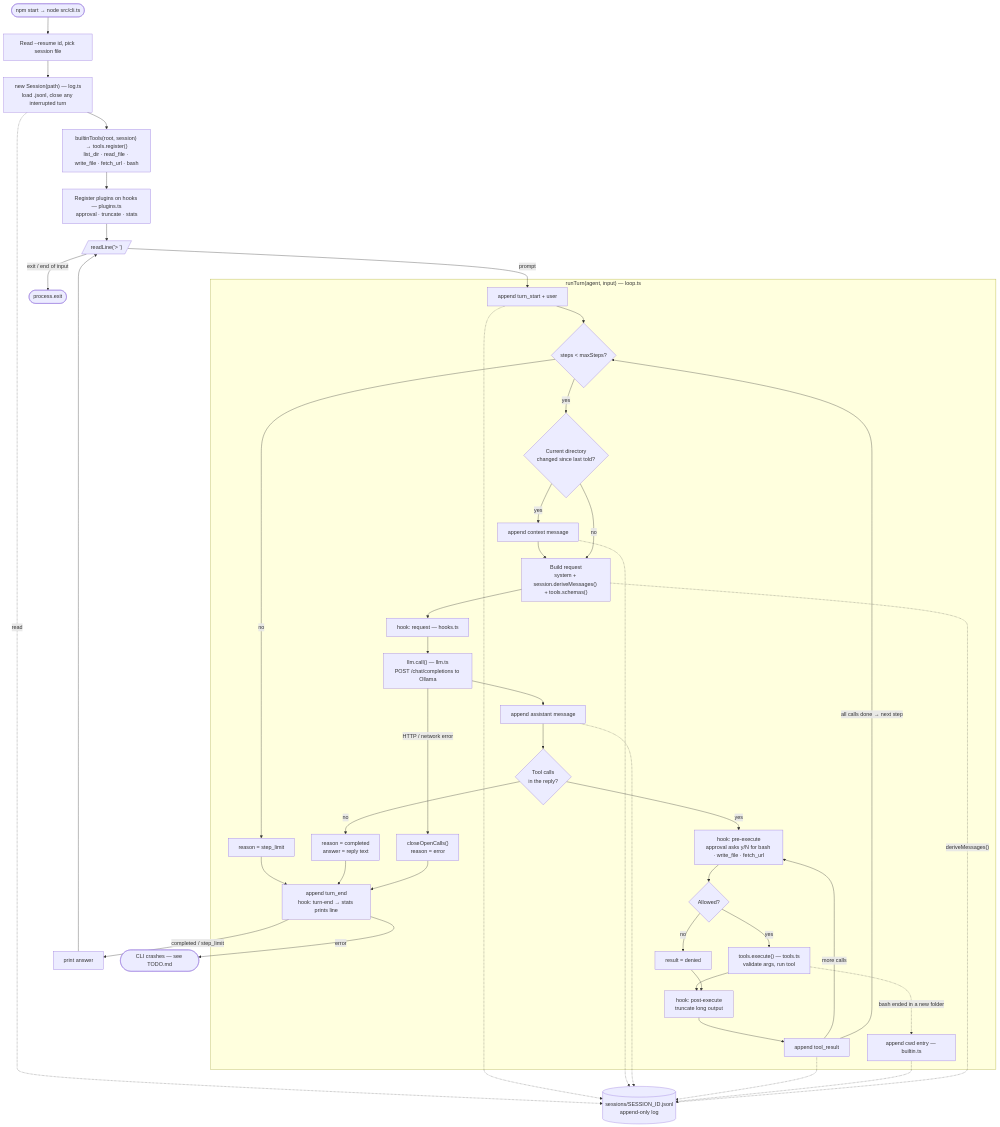
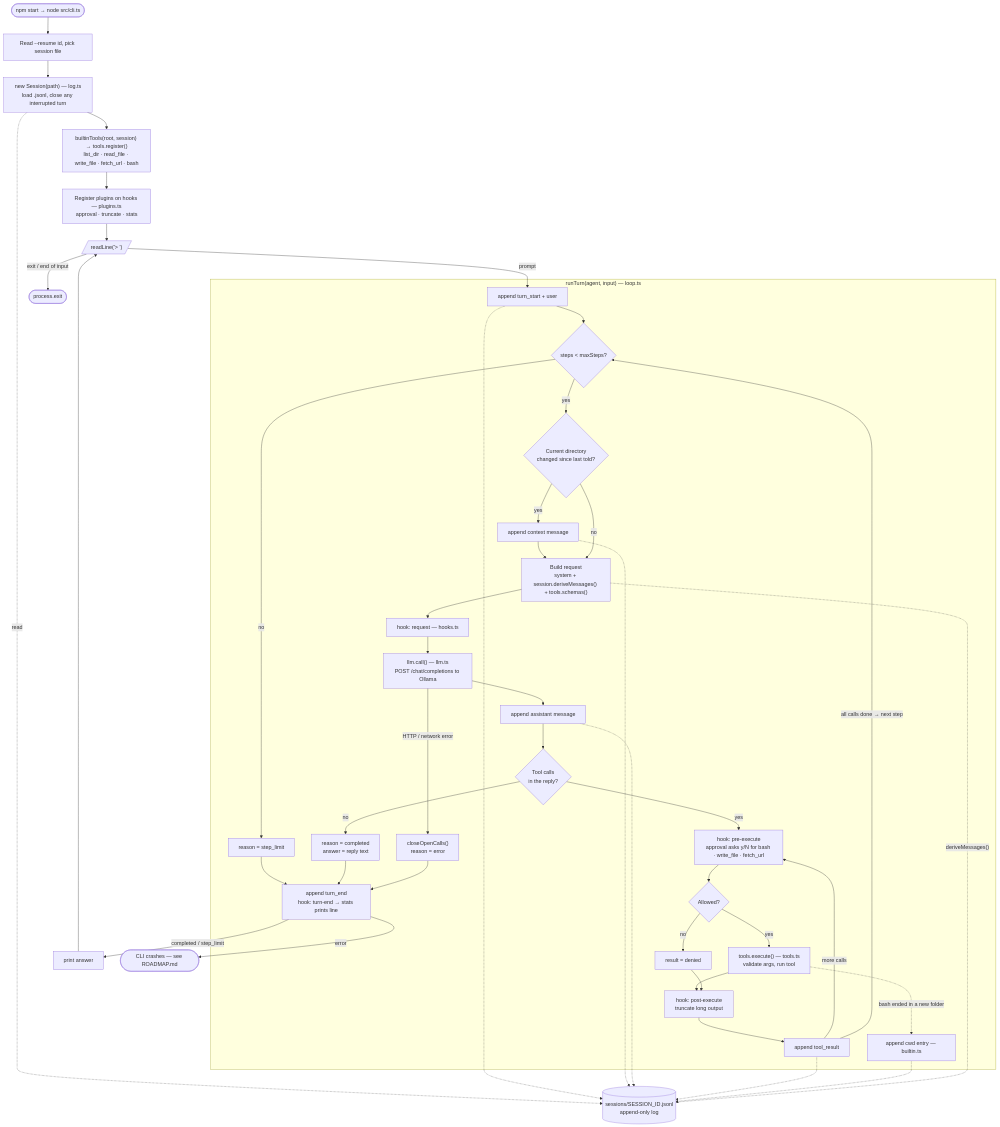
One commit to karthikeyanrathore/tiny-harness changed the diagram in README.md. Above: the diagram before and after it, drawn with Mermaid. The commit also changed 2 other files, not shown here.

Commit message:
Turn the TODO list into a phased roadmap

````diff
--- a/README.md
+++ b/README.md
@@ -34,53 +34,53 @@
 ```mermaid
 flowchart TD
     %% ── Startup (src/cli.ts, runs once) ──
     A(["npm start → node src/cli.ts"]) --> B["Read --resume id, pick session file"]
     B --> C["new Session(path) — log.ts<br/>load .jsonl, close any interrupted turn"]
     C --> D["builtinTools(root, session) → tools.register()<br/>list_dir · read_file · write_file · fetch_url · bash"]
     D --> E["Register plugins on hooks — plugins.ts<br/>approval · truncate · stats"]
     E --> F[/"readLine('> ')"/]
 
     F -->|"exit / end of input"| Z(["process.exit"])
     F -->|"prompt"| T0
 
     %% ── One turn (src/loop.ts runTurn) ──
     subgraph TURN["runTurn(agent, input) — loop.ts"]
         T0["append turn_start + user"] --> S0{"steps < maxSteps?"}
         S0 -->|no| LIM["reason = step_limit"]
         S0 -->|yes| CX{"Current directory<br/>changed since last told?"}
         CX -->|yes| CXA["append context message"] --> RQ
         CX -->|no| RQ["Build request<br/>system + session.deriveMessages() + tools.schemas()"]
         RQ --> H1["hook: request — hooks.ts"]
         H1 --> LLM["llm.call() — llm.ts<br/>POST /chat/completions to Ollama"]
         LLM -->|"HTTP / network error"| ERR["closeOpenCalls()<br/>reason = error"]
         LLM --> AS["append assistant message"]
         AS --> TC{"Tool calls<br/>in the reply?"}
         TC -->|no| DONE["reason = completed<br/>answer = reply text"]
         TC -->|yes| PRE["hook: pre-execute<br/>approval asks y/N for bash · write_file · fetch_url"]
         PRE --> AL{"Allowed?"}
         AL -->|no| DEN["result = denied"]
         AL -->|yes| EX["tools.execute() — tools.ts<br/>validate args, run tool"]
         EX -.->|"bash ended in a new folder"| CWD["append cwd entry — builtin.ts"]
         EX --> POST
         DEN --> POST["hook: post-execute<br/>truncate long output"]
         POST --> TR["append tool_result"]
         TR -->|"more calls"| PRE
         TR -->|"all calls done → next step"| S0
         LIM --> END
         DONE --> END
         ERR --> END["append turn_end<br/>hook: turn-end → stats prints line"]
     end
 
     END -->|"completed / step_limit"| P["print answer"] --> F
-    END -->|"error"| CRASH(["CLI crashes — see TODO.md"])
+    END -->|"error"| CRASH(["CLI crashes — see ROADMAP.md"])
 
     %% ── Session log ──
     LOG[("sessions/SESSION_ID.jsonl<br/>append-only log")]
     C -.->|read| LOG
     T0 -.-> LOG
     CXA -.-> LOG
     AS -.-> LOG
     TR -.-> LOG
     CWD -.-> LOG
     RQ -.->|"deriveMessages()"| LOG
 ```
````
